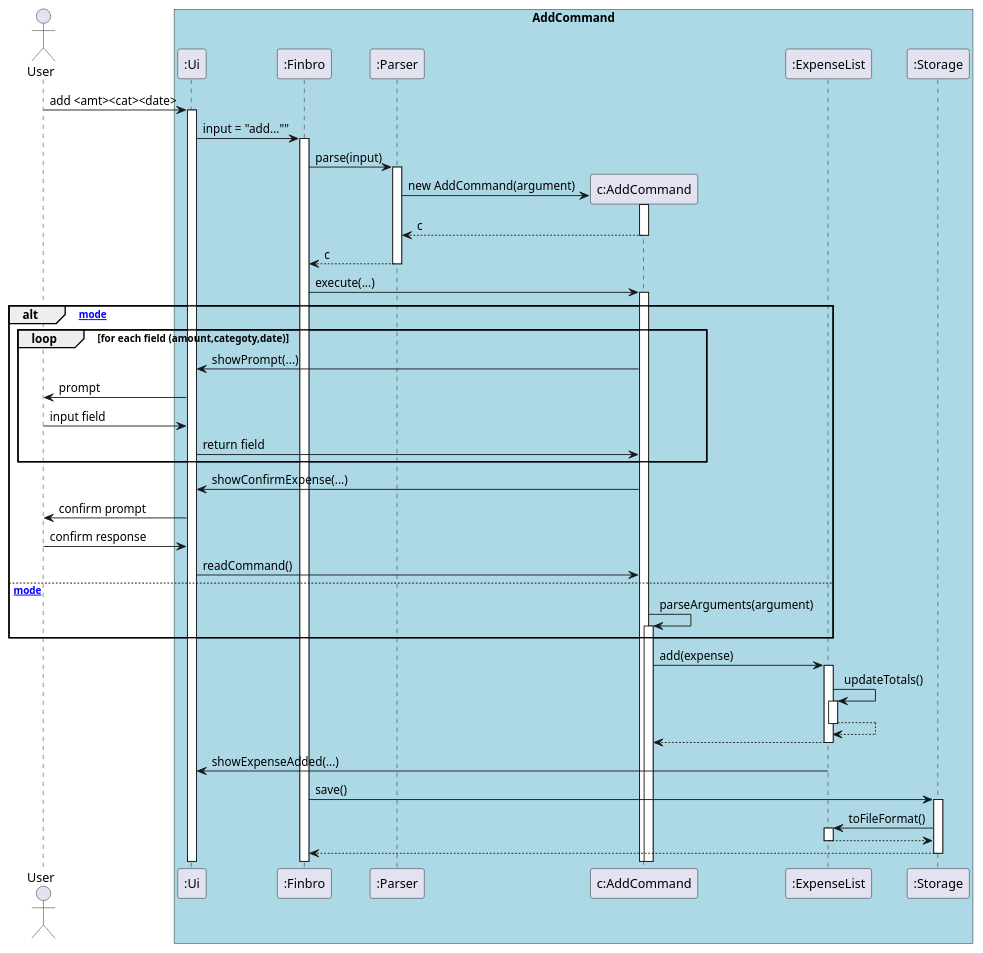
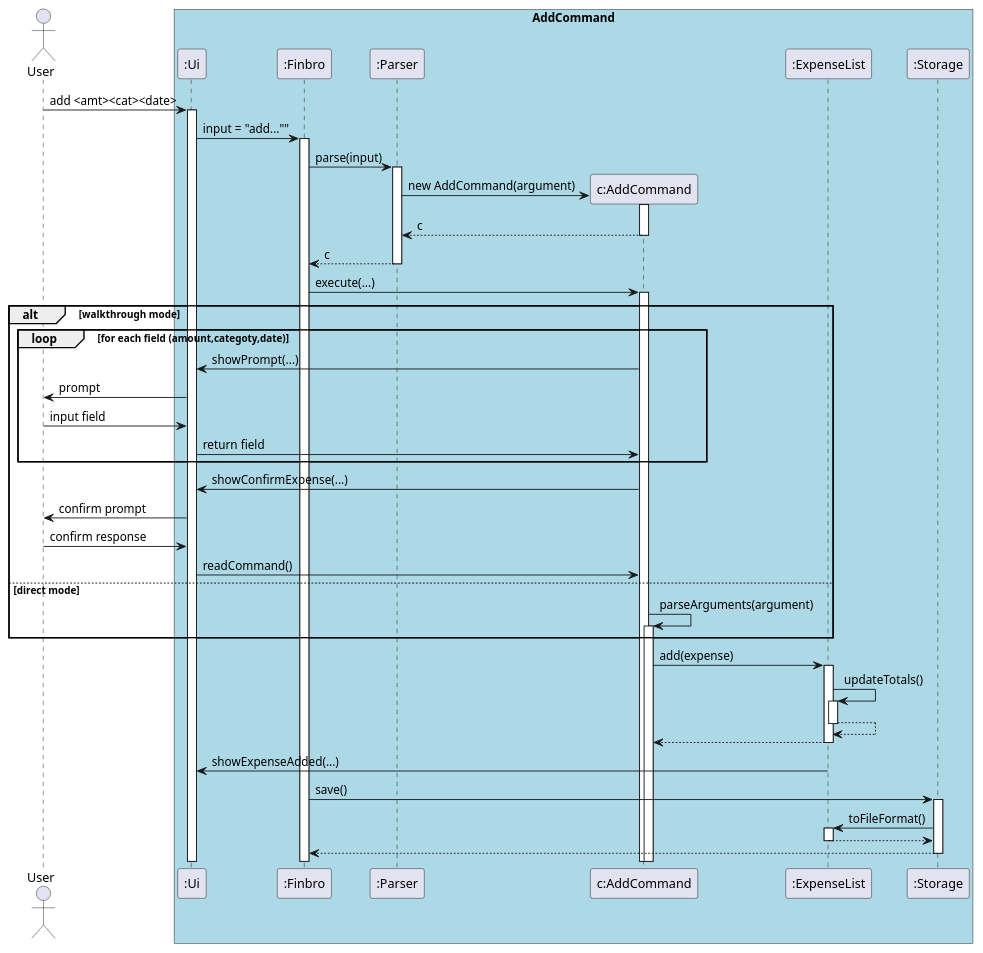
One commit to Kushalshah0402/tp changed the diagram in docs/UML_diagrams/AddCommand.puml. Above: the diagram before and after it, drawn with PlantUML. The commit also changed 7 other files, not shown here.

```diff
--- a/docs/UML_diagrams/AddCommand.puml
+++ b/docs/UML_diagrams/AddCommand.puml
@@ -1,64 +1,64 @@
 @startuml AddCommand
 'https://plantuml.com/sequence-diagram
 actor User
 
 
 box "AddCommand" #LightBlue
 participant ":Ui"
 participant ":Finbro"
 participant ":Parser"
 participant "c:AddCommand"
 participant ":ExpenseList"
 participant ":Storage"
 end box
 
 User -> ":Ui" : add <amt><cat><date>
 activate ":Ui"
 
 ":Ui" -> ":Finbro" : input = "add...""
 activate ":Finbro"
 
 ":Finbro" -> ":Parser" : parse(input)
 activate ":Parser"
 
 create "c:AddCommand"
 ":Parser" -> "c:AddCommand" : new AddCommand(argument)
 activate "c:AddCommand"
 return c
 return c
 
 ":Finbro" -> "c:AddCommand" : execute(...)
 activate "c:AddCommand"
 
-alt [walkthrough mode]
+alt walkthrough mode
     loop for each field (amount,categoty,date)
         "c:AddCommand" -> ":Ui" : showPrompt(...)
         ":Ui" -> User : prompt
         User -> ":Ui" : input field
         ":Ui" -> "c:AddCommand" : return field
     end
     "c:AddCommand" -> ":Ui" : showConfirmExpense(...)
     ":Ui" -> User : confirm prompt
     User -> ":Ui" : confirm response
     ":Ui" -> "c:AddCommand" : readCommand()
-else [direct mode]
+else direct mode
     "c:AddCommand" -> "c:AddCommand" : parseArguments(argument)
     activate "c:AddCommand"
 end
 
 "c:AddCommand" -> ":ExpenseList" : add(expense)
 activate ":ExpenseList"
 ":ExpenseList" -> ":ExpenseList" : updateTotals()
 activate ":ExpenseList"
 return
 return
 
 ":ExpenseList" -> ":Ui" : showExpenseAdded(...)
 ":Finbro" -> ":Storage" : save()
 activate ":Storage"
 ":Storage" -> ":ExpenseList" : toFileFormat()
 activate ":ExpenseList"
 return
 return
 
 @enduml
```
